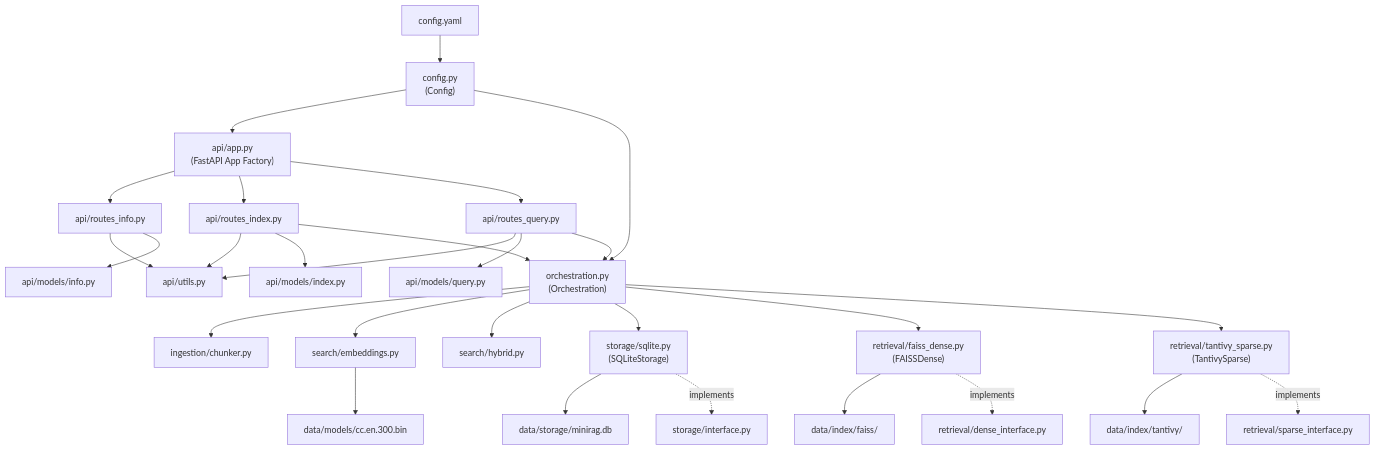
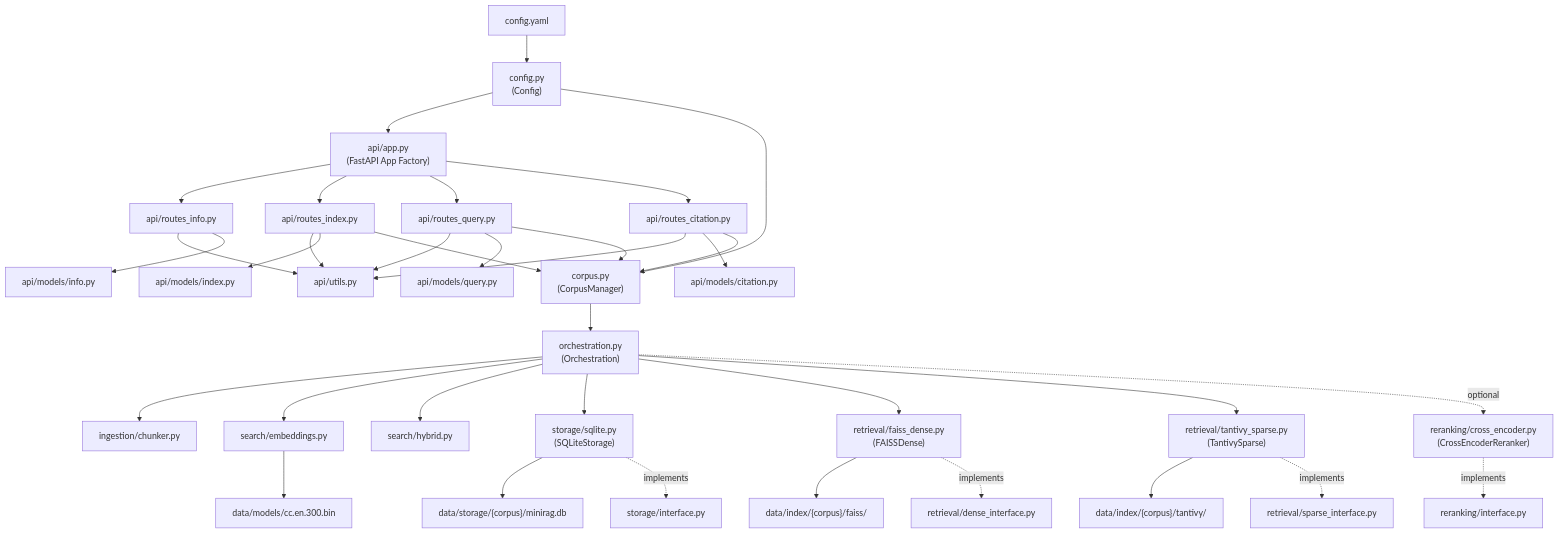
Before and after one commit to florianbuetow/mini-rag: the first of 10 diagrams in docs/SPECIFICATION-DATA-FLOW.md, drawn with Mermaid. The commit also changed other lines of this file and 2 other files, not shown here.

First line of the commit message:
Update specification docs for citations, reranking, and multi-corpus

````diff
--- a/docs/SPECIFICATION-DATA-FLOW.md
+++ b/docs/SPECIFICATION-DATA-FLOW.md
@@ -22,38 +22,46 @@
 ```mermaid
 flowchart TD
     CONF["config.yaml"] --> CFG["config.py<br/>(Config)"]
 
     CFG --> APP["api/app.py<br/>(FastAPI App Factory)"]
-    CFG --> ORCH["orchestration.py<br/>(Orchestration)"]
+    CFG --> CM["corpus.py<br/>(CorpusManager)"]
 
     APP --> RA["api/routes_info.py"]
     APP --> RI["api/routes_index.py"]
     APP --> RQ["api/routes_query.py"]
+    APP --> RC["api/routes_citation.py"]
 
     RA --> UT["api/utils.py"]
     RI --> UT
     RQ --> UT
+    RC --> UT
 
     RI --> MOD_I["api/models/index.py"]
     RQ --> MOD_Q["api/models/query.py"]
+    RC --> MOD_C["api/models/citation.py"]
     RA --> MOD_A["api/models/info.py"]
 
-    RI --> ORCH
-    RQ --> ORCH
+    RI --> CM
+    RQ --> CM
+    RC --> CM
+
+    CM --> ORCH["orchestration.py<br/>(Orchestration)"]
 
     ORCH --> CH["ingestion/chunker.py"]
     ORCH --> EMB["search/embeddings.py"]
     ORCH --> HY["search/hybrid.py"]
     ORCH --> STOR["storage/sqlite.py<br/>(SQLiteStorage)"]
     ORCH --> DENSE["retrieval/faiss_dense.py<br/>(FAISSDense)"]
     ORCH --> SPARSE["retrieval/tantivy_sparse.py<br/>(TantivySparse)"]
+    ORCH -.->|optional| RERANK["reranking/cross_encoder.py<br/>(CrossEncoderReranker)"]
 
     EMB --> MODEL["data/models/cc.en.300.bin"]
-    STOR --> DB["data/storage/minirag.db"]
-    DENSE --> FIDX["data/index/faiss/"]
-    SPARSE --> TIDX["data/index/tantivy/"]
+    STOR --> DB["data/storage/{corpus}/minirag.db"]
+    DENSE --> FIDX["data/index/{corpus}/faiss/"]
+    SPARSE --> TIDX["data/index/{corpus}/tantivy/"]
 
     STOR -.->|implements| STOR_IF["storage/interface.py"]
     DENSE -.->|implements| DENSE_IF["retrieval/dense_interface.py"]
     SPARSE -.->|implements| SPARSE_IF["retrieval/sparse_interface.py"]
+    RERANK -.->|implements| RERANK_IF["reranking/interface.py"]
 ```
````
